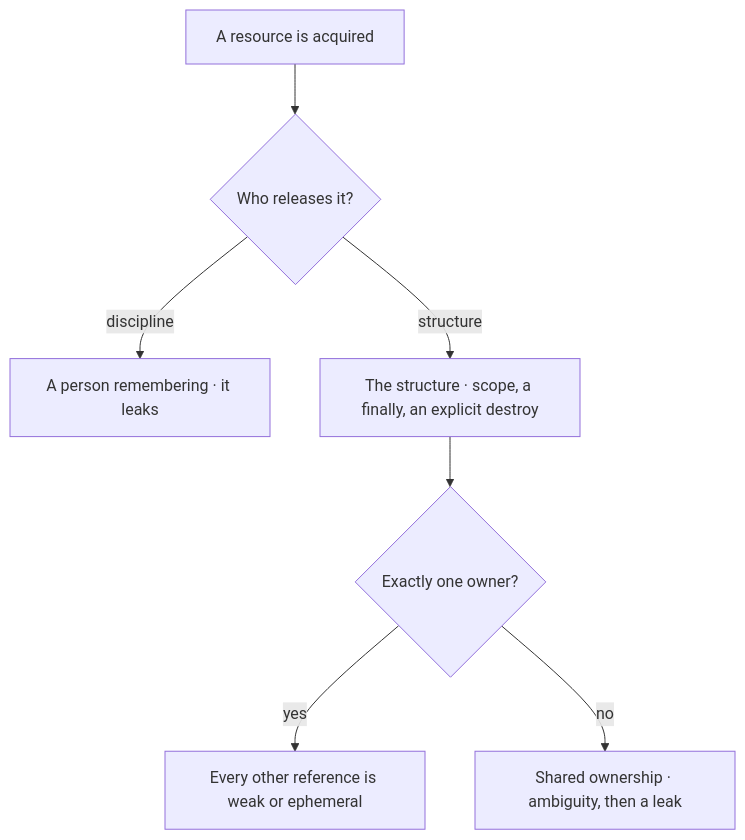
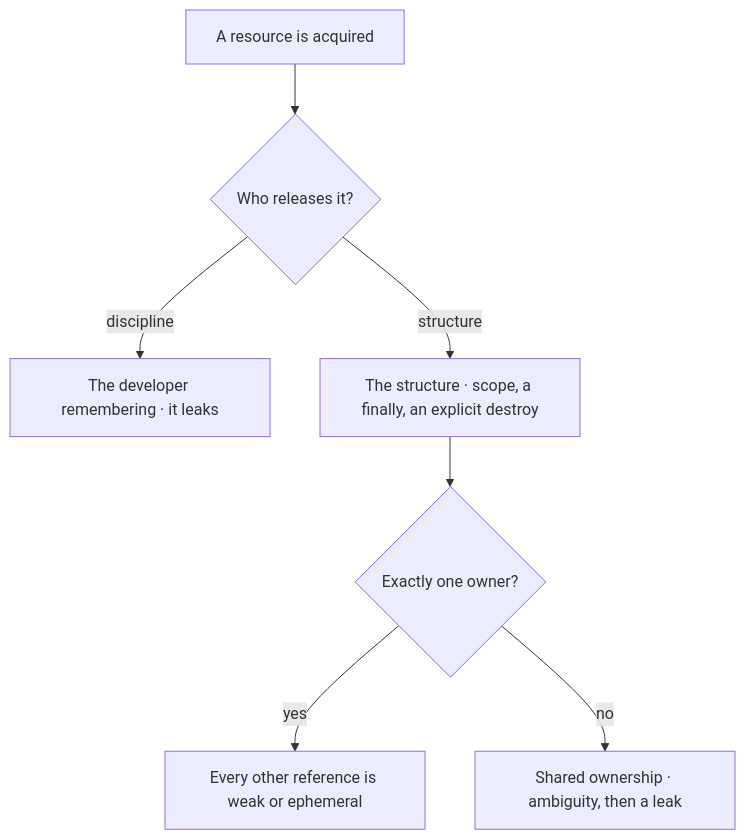
One commit to Varietyz/Disciplined-AI-Software-Development changed the sixth of 13 diagrams in architecture/PRINCIPLES.md. Above: the diagram before and after it, drawn with Mermaid. The commit also changed other lines of this file and 25 other files, not shown here.

````diff
--- a/architecture/PRINCIPLES.md
+++ b/architecture/PRINCIPLES.md
@@ -392,15 +380,15 @@
 ```mermaid
 flowchart TB
 resource["A resource is acquired"]
 who{"Who releases it?"}
-discipline["A person remembering · it leaks"]
+discipline["The developer remembering · it leaks"]
 structure["The structure · scope, a finally, an explicit destroy"]
 owner{"Exactly one owner?"}
 weak["Every other reference is weak or ephemeral"]
 shared["Shared ownership · ambiguity, then a leak"]
 resource --> who
 who -- discipline --> discipline
 who -- structure --> structure --> owner
 owner -- yes --> weak
 owner -- no --> shared
 ```
````
